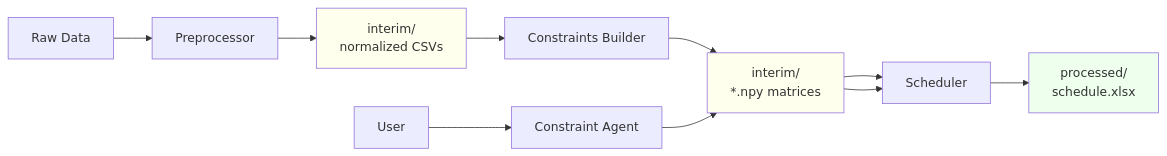
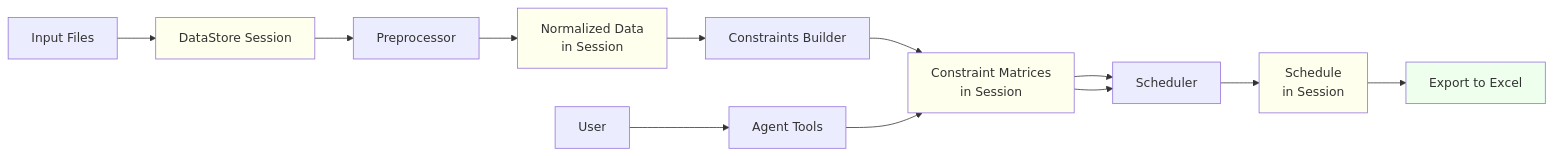
One commit to icoxfog417/schedule-optimizer changed the second of 3 diagrams in README.md. Above: the diagram before and after it, drawn with Mermaid. The commit also changed other lines of this file and 4 other files, not shown here.

First line of the commit message:
Finalize README with use case, demonstration, and AWS architecture

````diff
--- a/README.md
+++ b/README.md
@@ -149,17 +258,21 @@
 ```mermaid
 flowchart LR
-    A[Raw Data] --> B[Preprocessor]
-    B --> C[interim/<br/>normalized CSVs]
-    C --> D[Constraints Builder]
-    D --> E[interim/<br/>*.npy matrices]
-    E --> F[Scheduler]
-    F --> G[processed/<br/>schedule.xlsx]
+    A[Input Files] --> B[DataStore Session]
+    B --> C[Preprocessor]
+    C --> D[Normalized Data<br/>in Session]
+    D --> E[Constraints Builder]
+    E --> F[Constraint Matrices<br/>in Session]
+    F --> G[Scheduler]
+    G --> H[Schedule<br/>in Session]
+    H --> I[Export to Excel]
     
-    H[User] --> I[Constraint Agent]
-    I --> E
-    E --> F
+    J[User] --> K[Agent Tools]
+    K --> F
+    F --> G
     
-    style C fill:#ffe
-    style E fill:#ffe
-    style G fill:#efe
+    style B fill:#ffe
+    style D fill:#ffe
+    style F fill:#ffe
+    style H fill:#ffe
+    style I fill:#efe
 ```
````
